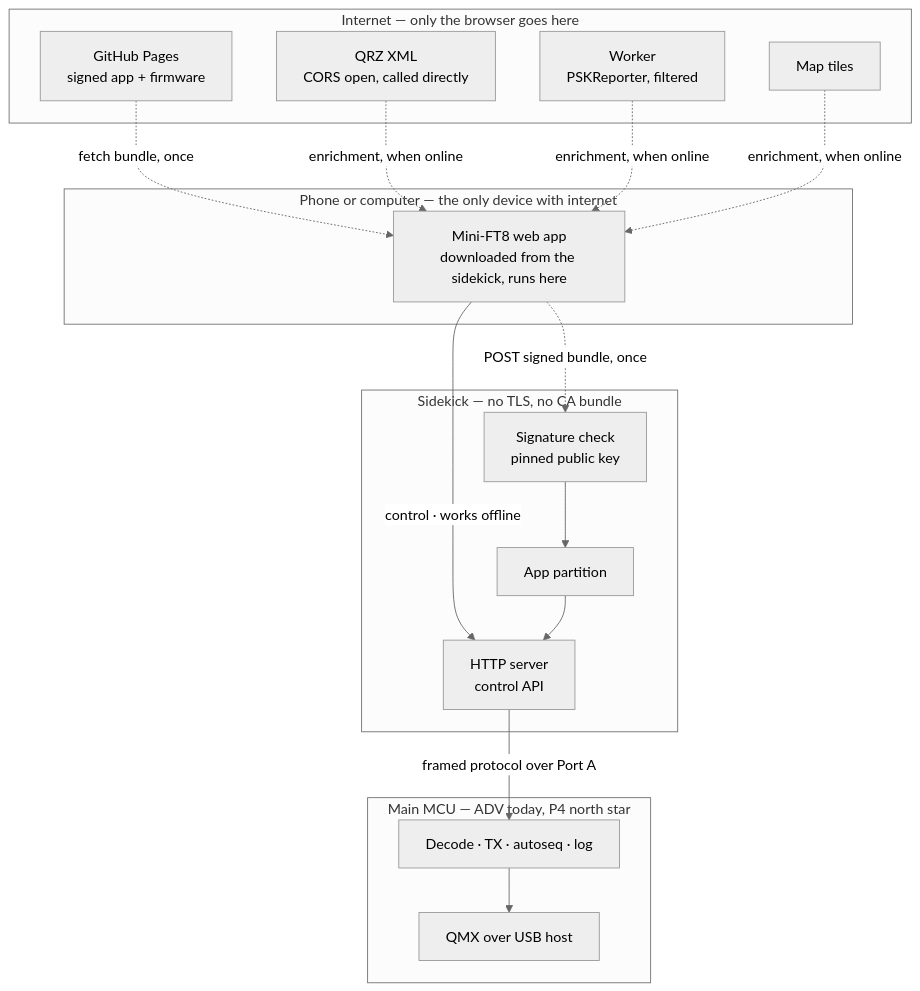
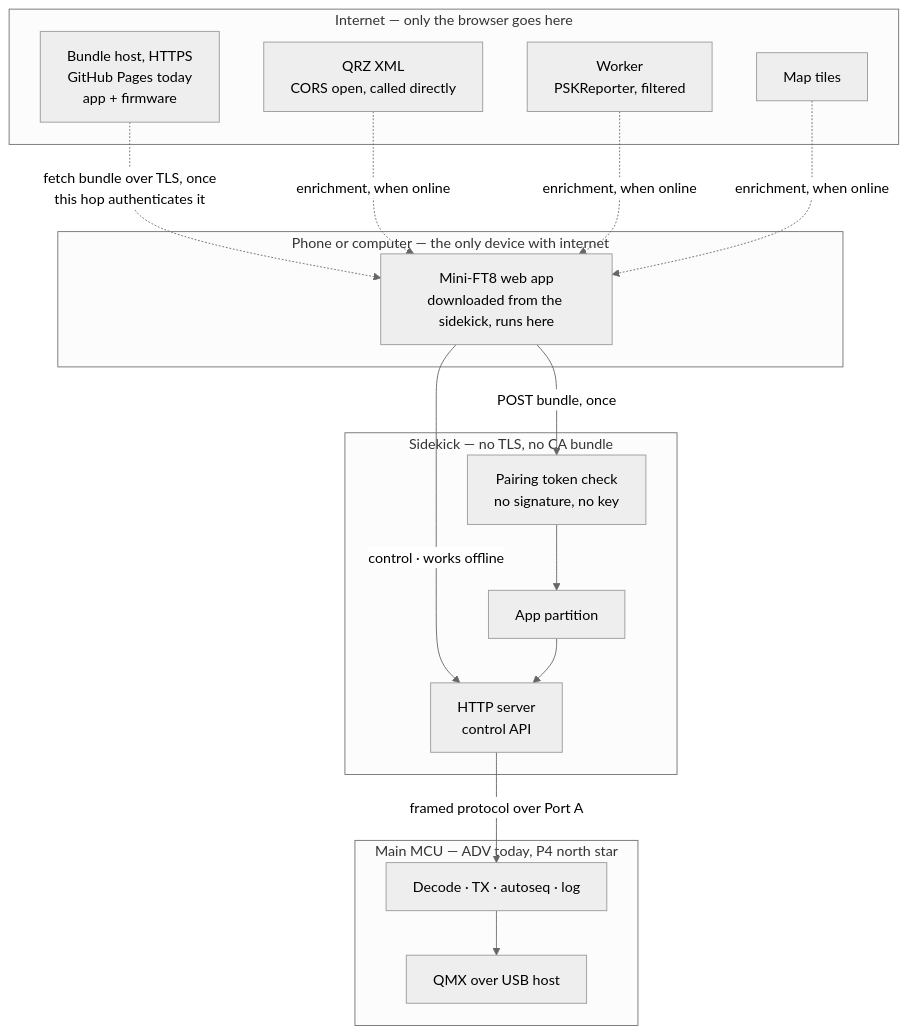
Before and after one commit to kb2slo/Mini-FT8: the first of 2 diagrams in docs/rfcs/0004-headless-web-architecture.md, drawn with Mermaid (neutral theme). The commit also changed other lines of this file and 1 other file, not shown here.

First line of the commit message:
RFC 0004: signing rejected, and the bundle host is a requirement list

````diff
--- a/docs/rfcs/0004-headless-web-architecture.md
+++ b/docs/rfcs/0004-headless-web-architecture.md
@@ -38,31 +38,31 @@
 ```mermaid
 flowchart TB
     subgraph net["Internet — only the browser goes here"]
-        gh["GitHub Pages<br/>signed app + firmware"]
+        gh["Bundle host, HTTPS<br/>GitHub Pages today<br/>app + firmware"]
         qrz["QRZ XML<br/>CORS open, called directly"]
         cf["Worker<br/>PSKReporter, filtered"]
         maps["Map tiles"]
     end
     subgraph phone["Phone or computer — the only device with internet"]
         app["Mini-FT8 web app<br/>downloaded from the sidekick, runs here"]
     end
     subgraph sk["Sidekick — no TLS, no CA bundle"]
         http["HTTP server<br/>control API"]
         part["App partition"]
-        sig["Signature check<br/>pinned public key"]
+        sig["Pairing token check<br/>no signature, no key"]
     end
     subgraph main["Main MCU — ADV today, P4 north star"]
         radio["Decode · TX · autoseq · log"]
         qmx["QMX over USB host"]
     end
-    gh -. "fetch bundle, once" .-> app
+    gh -. "fetch bundle over TLS, once<br/>this hop authenticates it" .-> app
     qrz -. "enrichment, when online" .-> app
     cf -. "enrichment, when online" .-> app
     maps -. "enrichment, when online" .-> app
     app -- "control · works offline" --> http
-    app -. "POST signed bundle, once" .-> sig
+    app -- "POST bundle, once" --> sig
     sig --> part
     part --> http
     http -- "framed protocol over Port A" --> radio
     radio --> qmx
 ```
````
